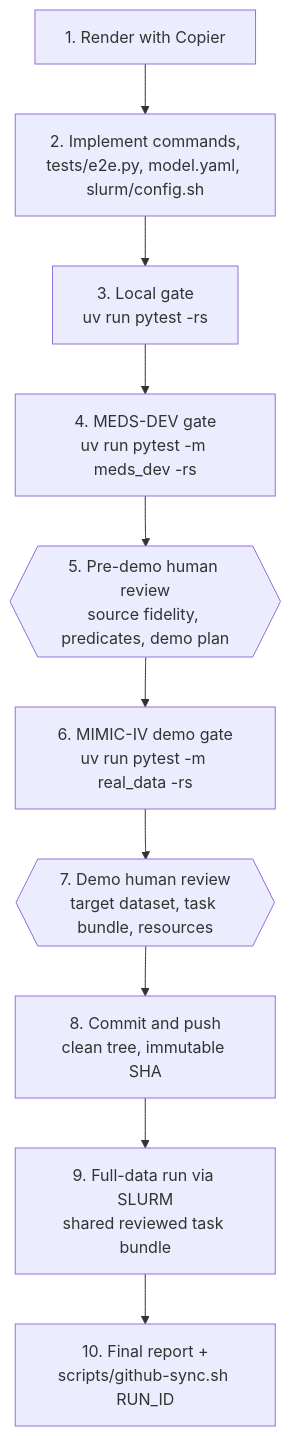
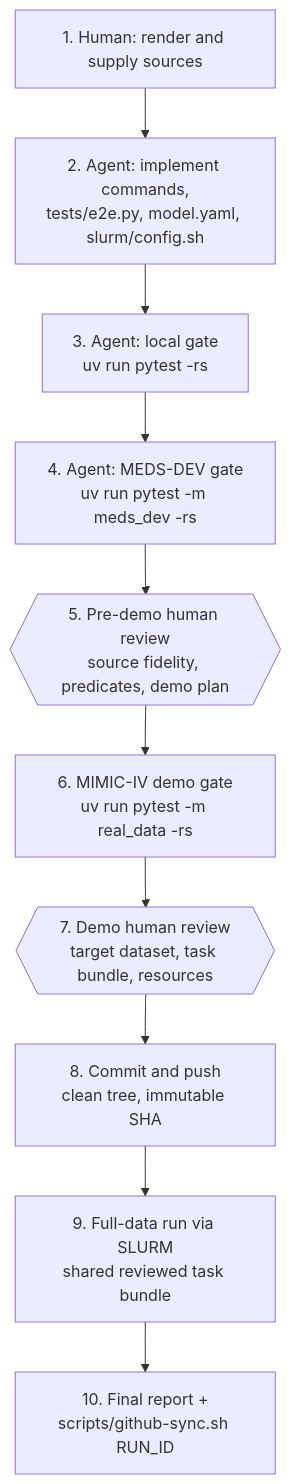
The diagram in docs/workflow.md (McDermottHealthAI/MEDS_algorithm_template), drawn with Mermaid before and after one commit. The commit also changed other lines of this file, not shown here.

Commit message:
docs: explain agent-assisted implementation workflow

````diff
--- a/docs/workflow.md
+++ b/docs/workflow.md
@@ -8,12 +8,12 @@
 ```mermaid
 flowchart TD
-    r[1. Render with Copier] --> i[2. Implement commands,<br/>tests/e2e.py, model.yaml, slurm/config.sh]
-    i --> g1[3. Local gate<br/>uv run pytest -rs]
-    g1 --> g2[4. MEDS-DEV gate<br/>uv run pytest -m meds_dev -rs]
+    r[1. Human: render and supply sources] --> i[2. Agent: implement commands,<br/>tests/e2e.py, model.yaml, slurm/config.sh]
+    i --> g1[3. Agent: local gate<br/>uv run pytest -rs]
+    g1 --> g2[4. Agent: MEDS-DEV gate<br/>uv run pytest -m meds_dev -rs]
     g2 --> h1{{5. Pre-demo human review<br/>source fidelity, predicates, demo plan}}
     h1 --> g3[6. MIMIC-IV demo gate<br/>uv run pytest -m real_data -rs]
     g3 --> h2{{7. Demo human review<br/>target dataset, task bundle, resources}}
     h2 --> c[8. Commit and push<br/>clean tree, immutable SHA]
     c --> f[9. Full-data run via SLURM<br/>shared reviewed task bundle]
     f --> rep[10. Final report +<br/>scripts/github-sync.sh RUN_ID]
 ```
````
